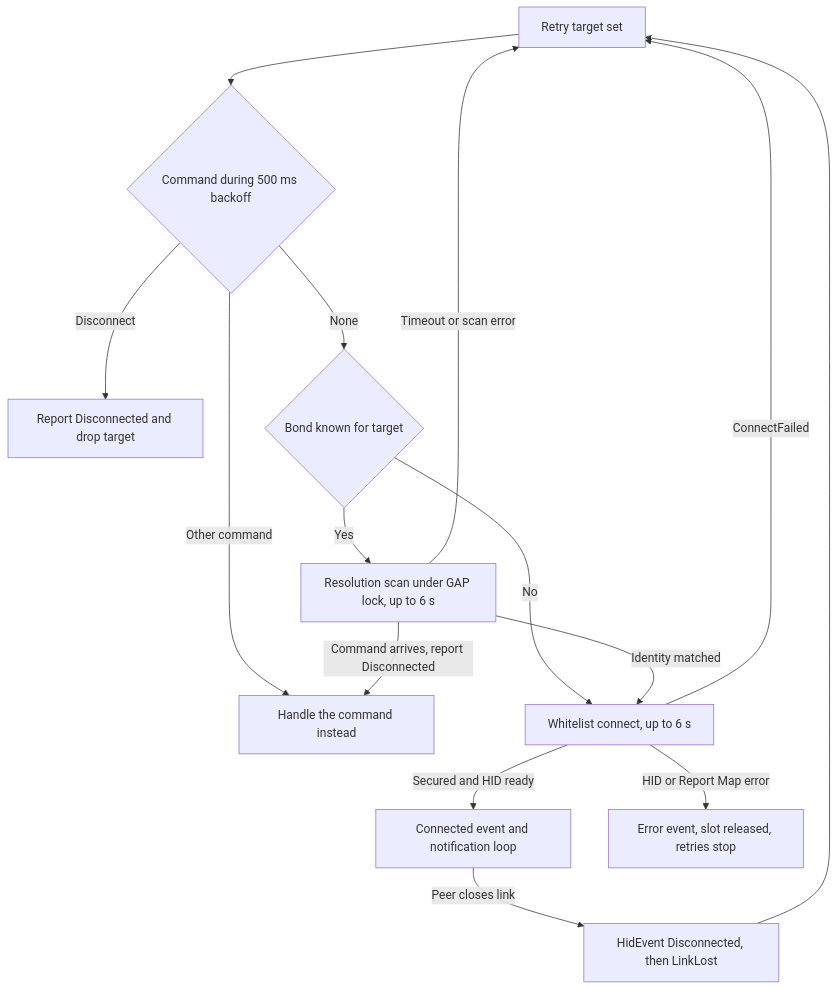
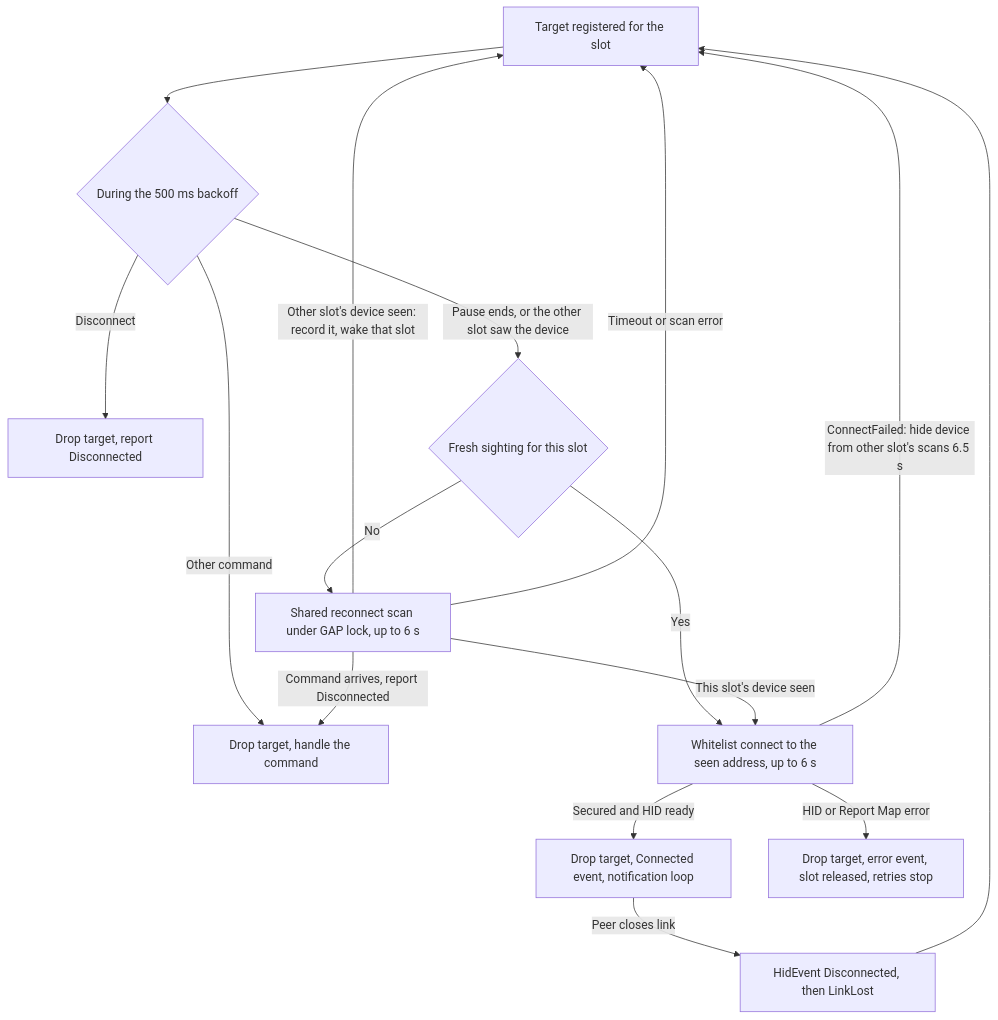
Before and after one commit to chefzaid/bt2usb: the sixth of 10 diagrams in docs/architecture.md, drawn with Mermaid. The commit also changed other lines of this file and 32 other files, not shown here.

First line of the commit message:
Reconnect at power-up, restore lock-key LEDs, bound connection parameters, accept OEM reserved byte

````diff
--- a/docs/architecture.md
+++ b/docs/architecture.md
@@ -427,17 +433,18 @@
 ```mermaid
 flowchart TD
-    T[Retry target set] --> B{Command during 500 ms backoff}
-    B -->|Disconnect| X[Report Disconnected and drop target]
-    B -->|Other command| N[Handle the command instead]
-    B -->|None| K{Bond known for target}
-    K -->|Yes| R[Resolution scan under GAP lock, up to 6 s]
-    K -->|No| C[Whitelist connect, up to 6 s]
-    R -->|Identity matched| C
+    T[Target registered for the slot] --> B{During the 500 ms backoff}
+    B -->|Disconnect| X[Drop target, report Disconnected]
+    B -->|Other command| N[Drop target, handle the command]
+    B -->|Pause ends, or the other slot saw the device| S{Fresh sighting for this slot}
+    S -->|Yes| C[Whitelist connect to the seen address, up to 6 s]
+    S -->|No| R[Shared reconnect scan under GAP lock, up to 6 s]
+    R -->|This slot's device seen| C
+    R -->|Other slot's device seen: record it, wake that slot| T
     R -->|Timeout or scan error| T
     R -->|Command arrives, report Disconnected| N
-    C -->|Secured and HID ready| L[Connected event and notification loop]
-    C -->|ConnectFailed| T
-    C -->|HID or Report Map error| E[Error event, slot released, retries stop]
+    C -->|Secured and HID ready| L[Drop target, Connected event, notification loop]
+    C -->|ConnectFailed: hide device from other slot's scans 6.5 s| T
+    C -->|HID or Report Map error| E[Drop target, error event, slot released, retries stop]
     L -->|Peer closes link| D[HidEvent Disconnected, then LinkLost]
     D --> T
 ```
````
